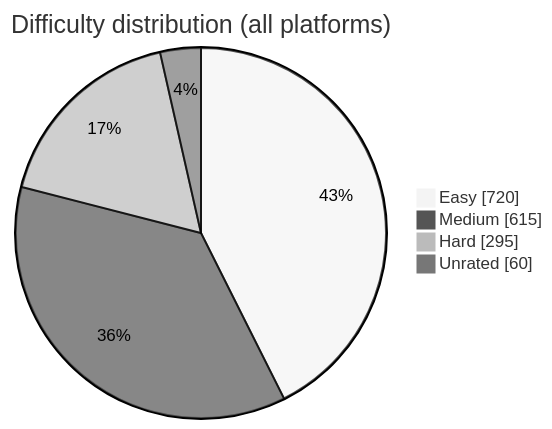
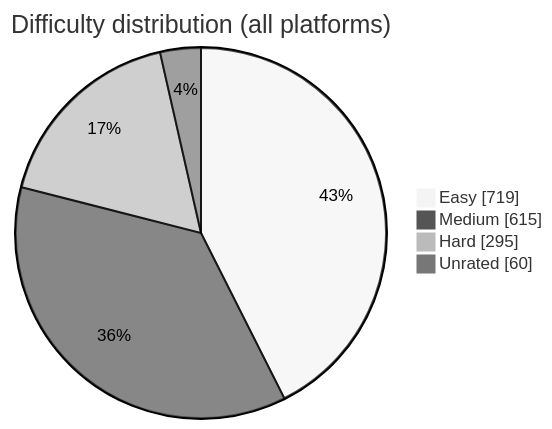
Before and after one commit to BuildbyArindam/Daily-Coding-Log: the diagram in README.md, drawn with Mermaid (neutral theme). The commit also changed other lines of this file, not shown here.

````diff
--- a/README.md
+++ b/README.md
@@ -93,7 +93,7 @@
 ```mermaid
 pie showData title Difficulty distribution (all platforms)
-    "Easy" : 720
+    "Easy" : 719
     "Medium" : 615
     "Hard" : 295
     "Unrated" : 60
 ```
````
